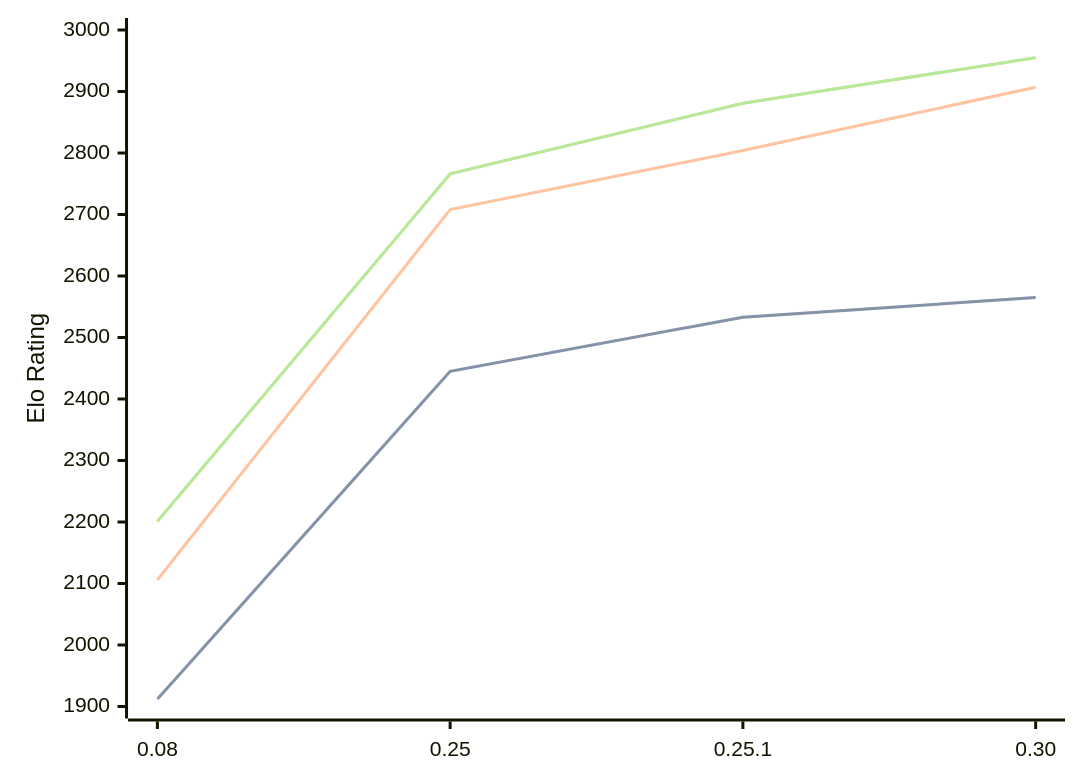
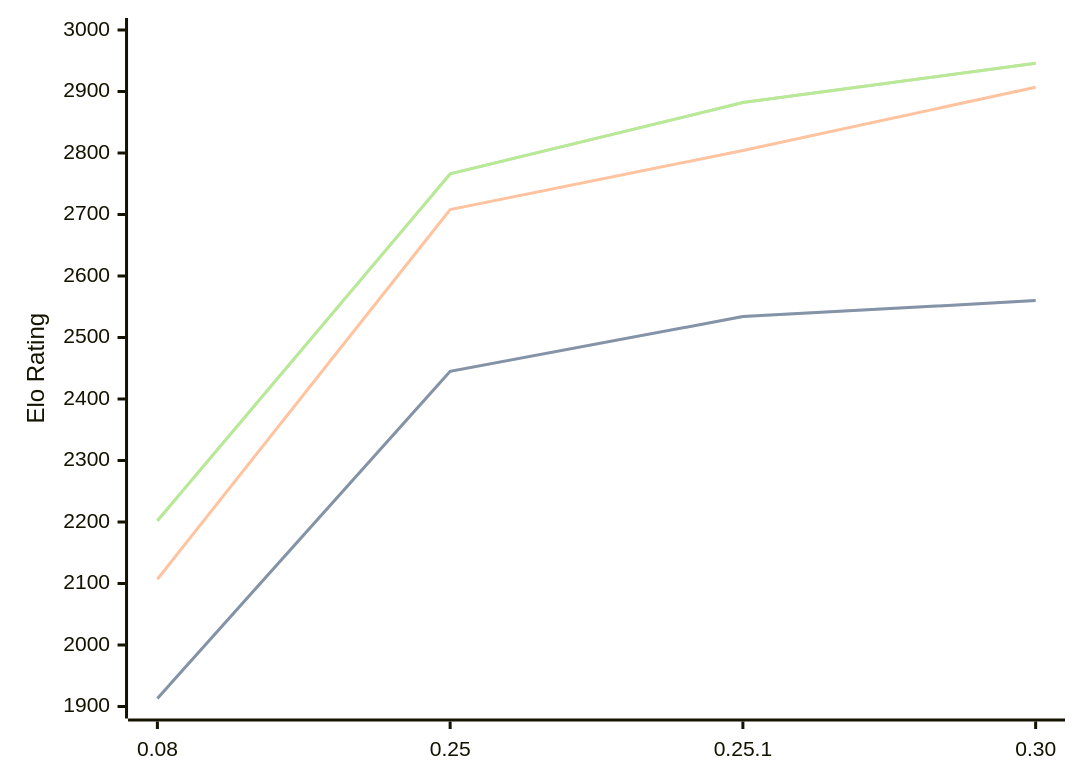
The diagram in engines/Gecko.md (computer-chess-index/cci), drawn with Mermaid before and after one commit. The commit also changed other lines of this file, not shown here.

Commit message:
Update CCI Ratings (ELO VLTC) - 2026-05-04

````diff
--- a/engines/Gecko.md
+++ b/engines/Gecko.md
@@ -34,11 +34,11 @@
 ```mermaid
 %%{init: {"theme":"base","themeVariables":{"seriesColors:['#a3a3a3','#222221','#faa371']}}}%%
 xychart-beta
   x-axis ["0.08", "0.25", "0.25.1", "0.30"]
   y-axis "Elo Rating" 1900 --> 3000
-  line "STC (8.0+0.08s)" [1912, 2445, 2533, 2565]
-  line "STC (8.0+0.08s)" [1912, 2445, 2533, 2565]
-  line "LTC (60.0+0.60s)" [2106, 2708, 2804, 2907]
-  line "VLTC (2m24s+1.12s)" [2201, 2766, 2881, 2955]
-  line "VLTC (2m24s+1.12s)" [2201, 2766, 2881, 2955]
+  line "STC (8.0+0.08s)" [1913, 2445, 2534, 2560]
+  line "STC (8.0+0.08s)" [1913, 2445, 2534, 2560]
+  line "LTC (60.0+0.60s)" [2107, 2708, 2804, 2907]
+  line "VLTC (2m24s+1.12s)" [2202, 2766, 2882, 2946]
+  line "VLTC (2m24s+1.12s)" [2202, 2766, 2882, 2946]
 ```
````
